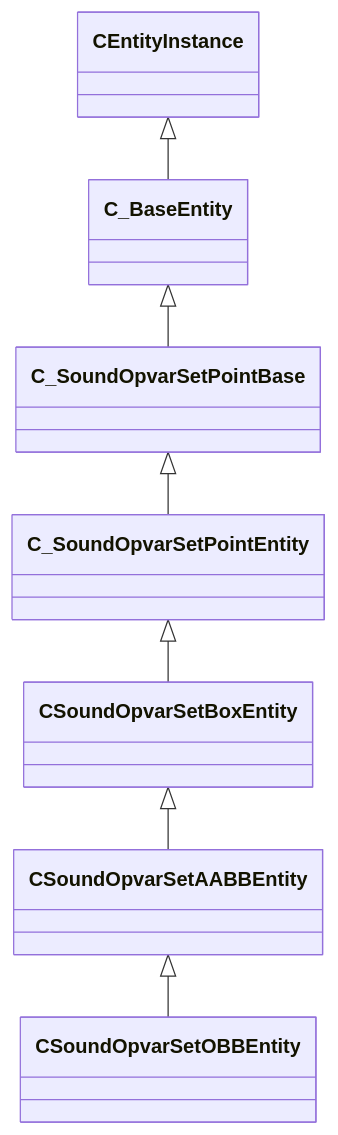
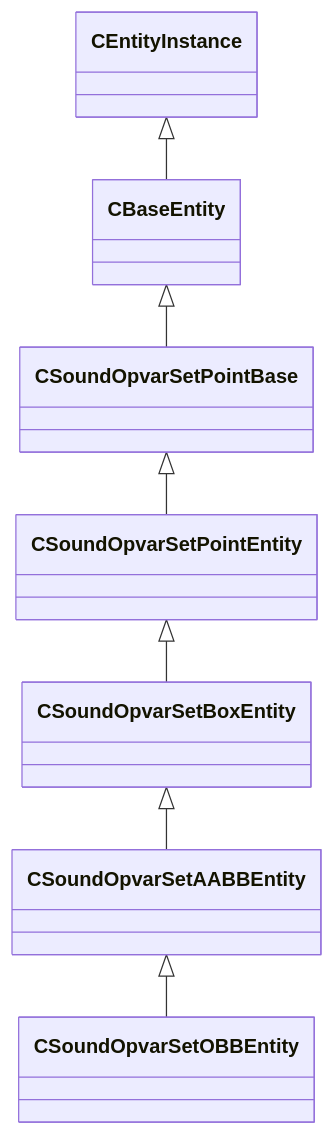
Before and after one commit to CS2OpenDev/CS2OpenDev-Docs: the diagram in docs/generated/schemas/server/CSoundOpvarSetAABBEntity.md, drawn with Mermaid. The commit also changed other lines of this file and 4525 other files, not shown here.

````diff
--- a/docs/generated/schemas/server/CSoundOpvarSetAABBEntity.md
+++ b/docs/generated/schemas/server/CSoundOpvarSetAABBEntity.md
@@ -19,9 +21,9 @@
 ```mermaid
 classDiagram
     CSoundOpvarSetBoxEntity <|-- CSoundOpvarSetAABBEntity
-    C_SoundOpvarSetPointEntity <|-- CSoundOpvarSetBoxEntity
-    C_SoundOpvarSetPointBase <|-- C_SoundOpvarSetPointEntity
-    C_BaseEntity <|-- C_SoundOpvarSetPointBase
-    CEntityInstance <|-- C_BaseEntity
+    CSoundOpvarSetPointEntity <|-- CSoundOpvarSetBoxEntity
+    CSoundOpvarSetPointBase <|-- CSoundOpvarSetPointEntity
+    CBaseEntity <|-- CSoundOpvarSetPointBase
+    CEntityInstance <|-- CBaseEntity
     CSoundOpvarSetAABBEntity <|-- CSoundOpvarSetOBBEntity
 ```
````
